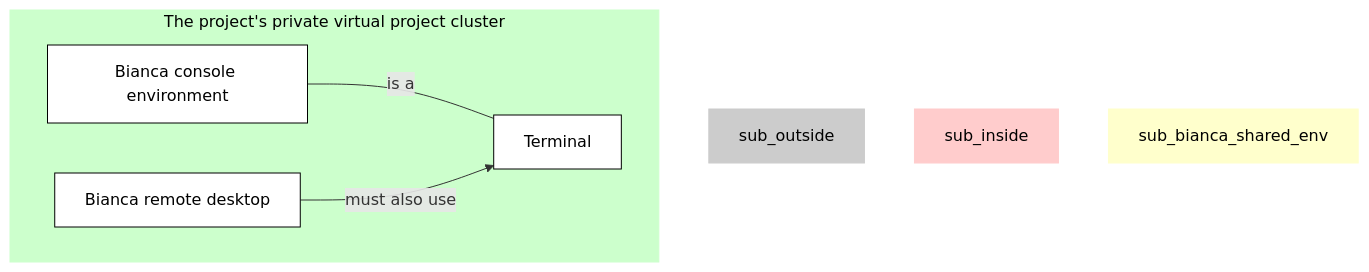
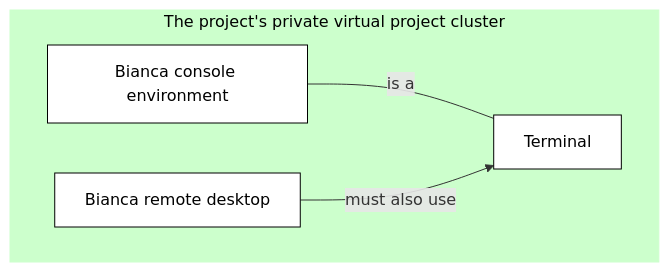
Before and after one commit to UPPMAX/UPPMAX-documentation: the first of 4 diagrams in docs/getting_started/login_bianca.md, drawn with Mermaid. The commit also changed other lines of this file, not shown here.

````diff
--- a/docs/getting_started/login_bianca.md
+++ b/docs/getting_started/login_bianca.md
@@ -212,22 +212,22 @@
 ```mermaid
 flowchart TD
 
     %% Give a white background, instead of a transparent one
     classDef node fill:#fff,color:#000,stroke:#000
 
     subgraph sub_bianca_private_env[The project's private virtual project cluster]
       bianca_private_console[Bianca console environment]
       bianca_private_remote_desktop[Bianca remote desktop] 
       bianca_private_terminal[Terminal] 
     end
 
     %% Shared subgraph color scheme
-    style sub_outside fill:#ccc,color:#000,stroke:#ccc
-    style sub_inside fill:#fcc,color:#000,stroke:#fcc
-    style sub_bianca_shared_env fill:#ffc,color:#000,stroke:#ffc
+    %% style sub_outside fill:#ccc,color:#000,stroke:#ccc
+    %% style sub_inside fill:#fcc,color:#000,stroke:#fcc
+    %% style sub_bianca_shared_env fill:#ffc,color:#000,stroke:#ffc
     style sub_bianca_private_env fill:#cfc,color:#000,stroke:#cfc
 
     %% Private Bianca
     bianca_private_console---|is a|bianca_private_terminal
     bianca_private_remote_desktop-->|must also use|bianca_private_terminal
 ```
````
